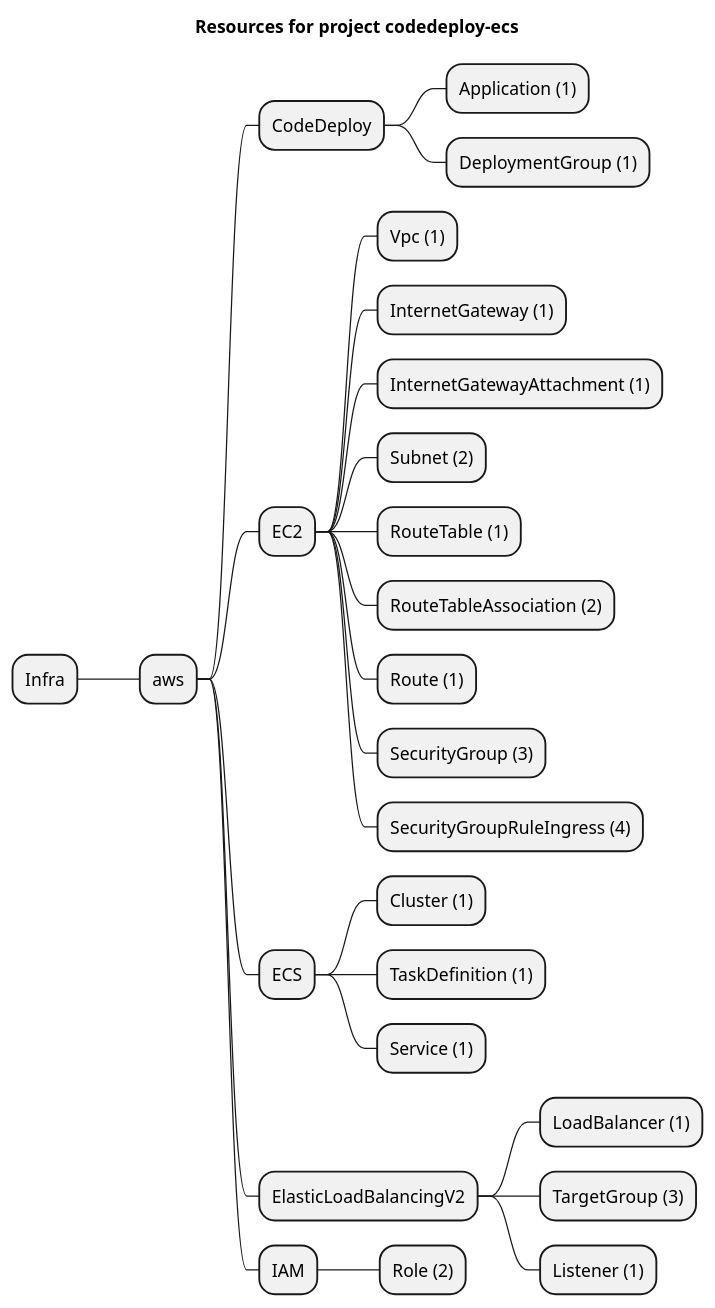
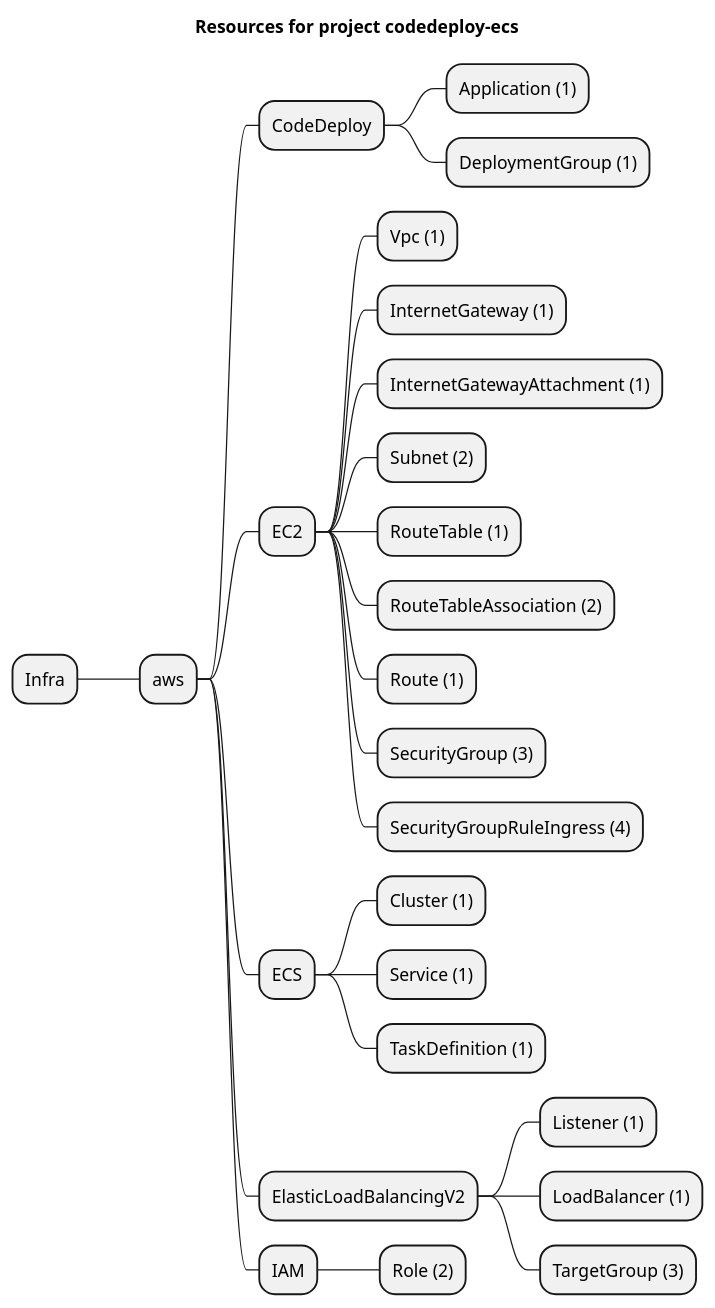
Before and after one commit to grucloud/grucloud: the diagram in examples/aws/CodeDeploy/codedeploy-ecs/artifacts/resources-mindmap.puml, drawn with PlantUML. The commit also changed other lines of this file and 218 other files, not shown here.

```diff
--- a/examples/aws/CodeDeploy/codedeploy-ecs/artifacts/resources-mindmap.puml
+++ b/examples/aws/CodeDeploy/codedeploy-ecs/artifacts/resources-mindmap.puml
@@ -1,29 +1,29 @@
 @startmindmap
 title Resources for project codedeploy-ecs
 skinparam monochrome true
 + Infra
 ++ aws
 +++ CodeDeploy
 ++++ Application (1)
 ++++ DeploymentGroup (1)
 +++ EC2
 ++++ Vpc (1)
 ++++ InternetGateway (1)
 ++++ InternetGatewayAttachment (1)
 ++++ Subnet (2)
 ++++ RouteTable (1)
 ++++ RouteTableAssociation (2)
 ++++ Route (1)
 ++++ SecurityGroup (3)
 ++++ SecurityGroupRuleIngress (4)
 +++ ECS
 ++++ Cluster (1)
+++++ Service (1)
 ++++ TaskDefinition (1)
-++++ Service (1)
 +++ ElasticLoadBalancingV2
+++++ Listener (1)
 ++++ LoadBalancer (1)
 ++++ TargetGroup (3)
-++++ Listener (1)
 +++ IAM
 ++++ Role (2)
 @endmindmap
```
